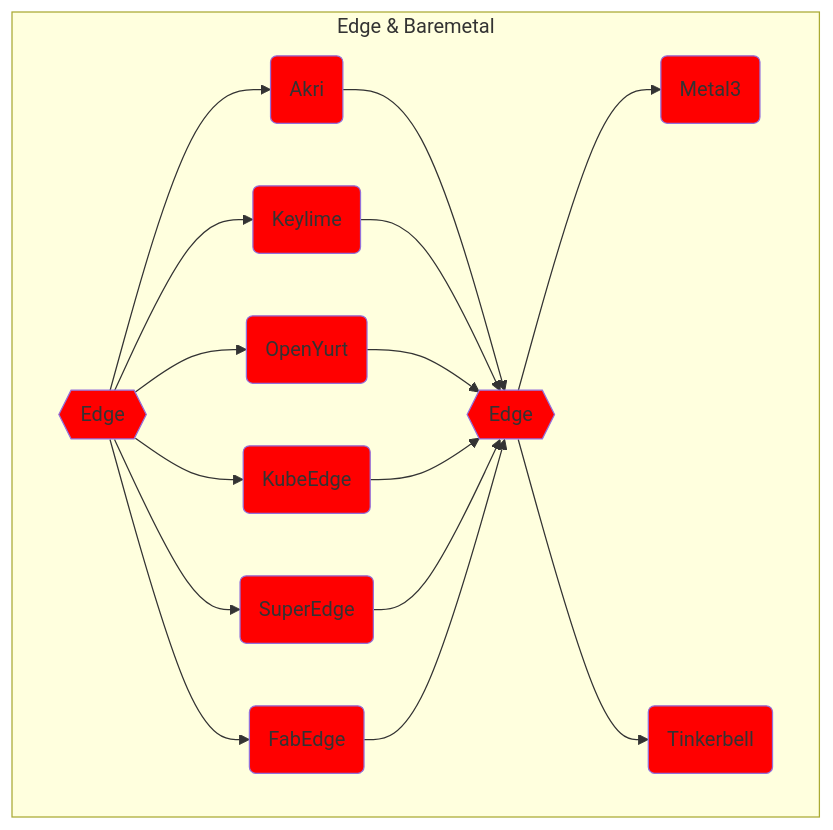
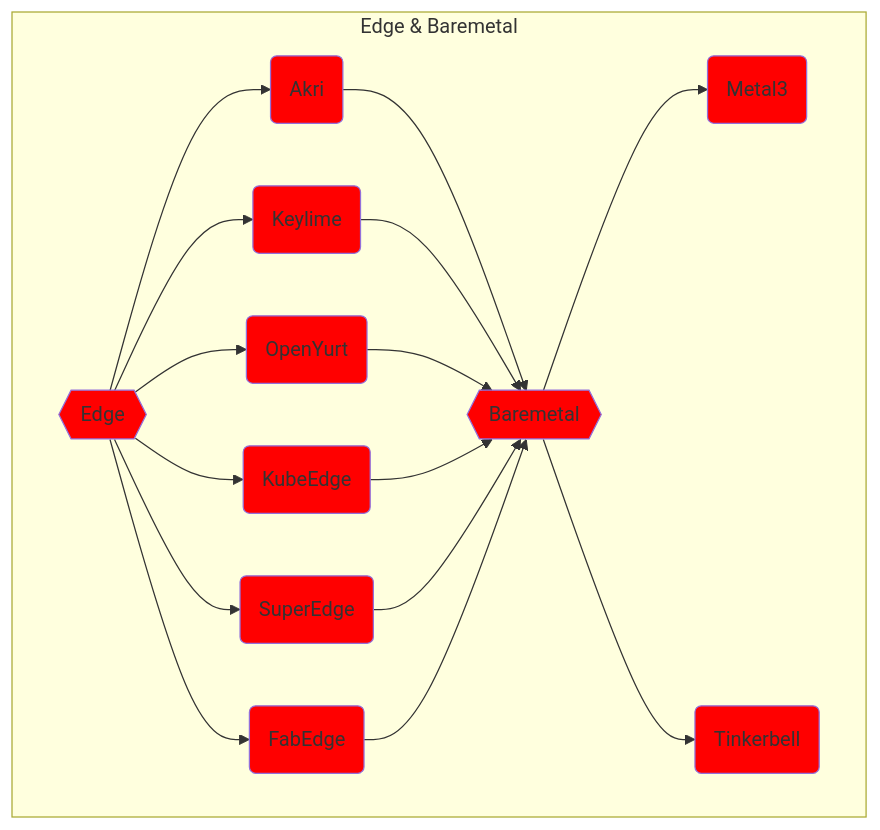
Before and after one commit to vfarcic/cncf-demo: the ninth of 11 diagrams in solution.md, drawn with Mermaid. The commit also changed other lines of this file, not shown here.

````diff
--- a/solution.md
+++ b/solution.md
@@ -868,37 +870,37 @@
 ```mermaid
 flowchart TD
 
     subgraph edge-baremetal["Edge & Baremetal"]
 
         %% ----------
         %% -- Edge --
         %% ----------
         edge{{Edge}}
         style edge fill:red
         akri(Akri)
         style akri fill:red
         keylime(Keylime)
         style keylime fill:red
         open-yurt(OpenYurt)
         style open-yurt fill:red
         kube-edge(KubeEdge)
         style kube-edge fill:red
         super-edge(SuperEdge)
         style super-edge fill:red
         fabedge(FabEdge)
         style fabedge fill:red
         edge --> akri & keylime & open-yurt & kube-edge & super-edge & fabedge --> baremetal
 
         %% ---------------
         %% -- Baremetal --
         %% ---------------
-        baremetal{{Edge}}
+        baremetal{{Baremetal}}
         style baremetal fill:red
         metal3(Metal3)
         style metal3 fill:red
         tinkerbell(Tinkerbell)
         style tinkerbell fill:red
         baremetal --> metal3 & tinkerbell
 
     end
 ```
````
